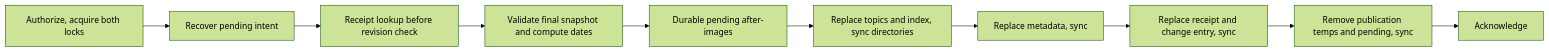
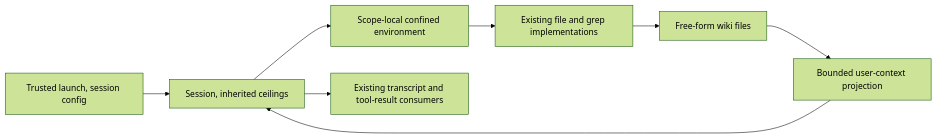
One commit to prime-radiant-inc/evener changed the diagram in docs/superpowers/plans/2026-10-03-memory-wiki.md. Above: the diagram before and after it, drawn with Mermaid (forest theme). The commit also changed other lines of this file, not shown here.

Commit message:
docs(memory): plan scoped file wrappers and session opt-out

````diff
--- a/docs/superpowers/plans/2026-10-03-memory-wiki.md
+++ b/docs/superpowers/plans/2026-10-03-memory-wiki.md
@@ -367,12 +53,10 @@
 ```mermaid
 flowchart LR
-    L[Authorize, acquire both locks] --> R[Recover pending intent]
-    R --> I[Receipt lookup before revision check]
-    I --> V[Validate final snapshot and compute dates]
-    V --> D[Durable pending after-images]
-    D --> P[Replace topics and index, sync directories]
-    P --> M[Replace metadata, sync]
-    M --> C[Replace receipt and change entry, sync]
-    C --> X[Remove publication temps and pending, sync]
-    X --> A[Acknowledge]
+    L[Trusted launch, session config] --> S[Session, inherited ceilings]
+    S --> E[Scope-local confined environment]
+    E --> F[Existing file and grep implementations]
+    F --> W[Free-form wiki files]
+    W --> C[Bounded user-context projection]
+    C --> S
+    S --> D[Existing transcript and tool-result consumers]
 ```
````
